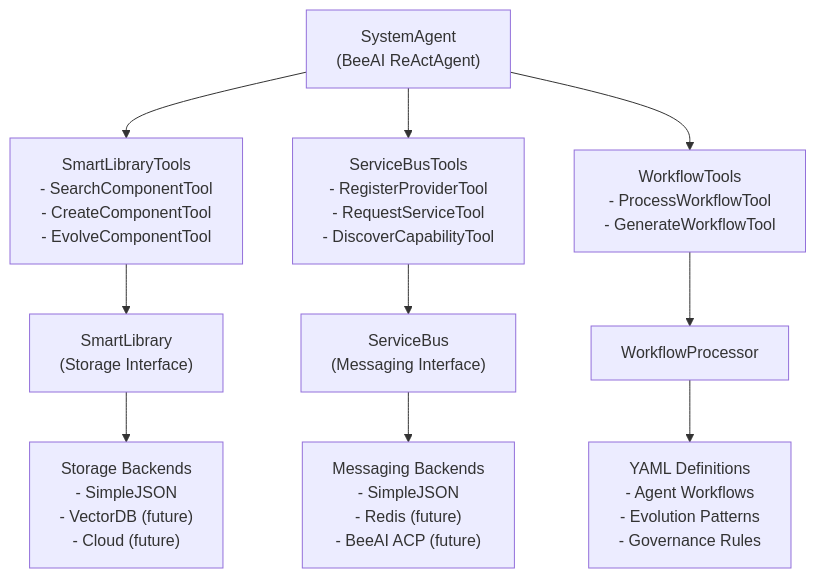
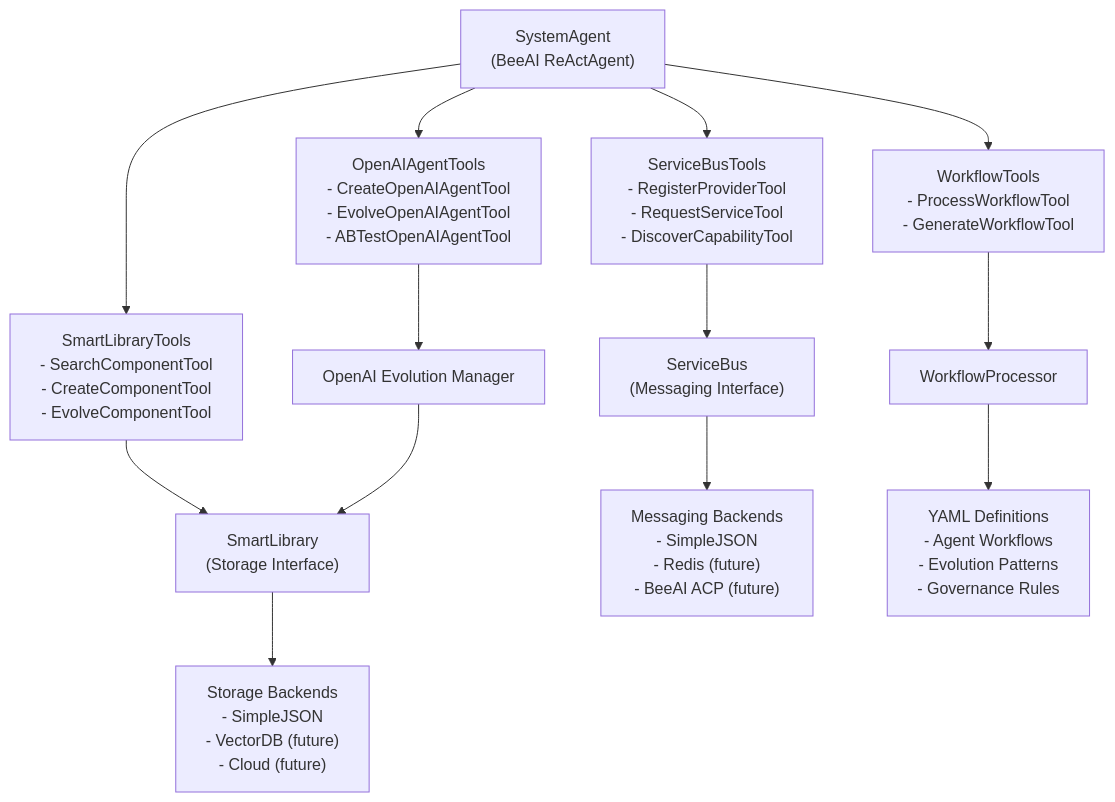
Before and after one commit to stanley-fork/evolving-agents: the first of 11 diagrams in docs/ARCHITECTURE.md, drawn with Mermaid. The commit also changed other lines of this file and 23 other files, not shown here.

````diff
--- a/docs/ARCHITECTURE.md
+++ b/docs/ARCHITECTURE.md
@@ -9,23 +9,28 @@
 ```mermaid
 flowchart TD
     SA["SystemAgent<br>(BeeAI ReActAgent)"]
     SLT["SmartLibraryTools<br>- SearchComponentTool<br>- CreateComponentTool<br>- EvolveComponentTool"]
     SBT["ServiceBusTools<br>- RegisterProviderTool<br>- RequestServiceTool<br>- DiscoverCapabilityTool"]
     WT["WorkflowTools<br>- ProcessWorkflowTool<br>- GenerateWorkflowTool"]
+    OAT["OpenAIAgentTools<br>- CreateOpenAIAgentTool<br>- EvolveOpenAIAgentTool<br>- ABTestOpenAIAgentTool"]
     SL["SmartLibrary<br>(Storage Interface)"]
     SB["ServiceBus<br>(Messaging Interface)"]
     WP["WorkflowProcessor"]
+    OAE["OpenAI Evolution Manager"]
     SBE["Storage Backends<br>- SimpleJSON<br>- VectorDB (future)<br>- Cloud (future)"]
     MBE["Messaging Backends<br>- SimpleJSON<br>- Redis (future)<br>- BeeAI ACP (future)"]
     YD["YAML Definitions<br>- Agent Workflows<br>- Evolution Patterns<br>- Governance Rules"]
     
     SA --> SLT
     SA --> SBT
     SA --> WT
+    SA --> OAT
     SLT --> SL
     SBT --> SB
     WT --> WP
+    OAT --> OAE
     SL --> SBE
     SB --> MBE
     WP --> YD
+    OAE --> SL
 ```
````
